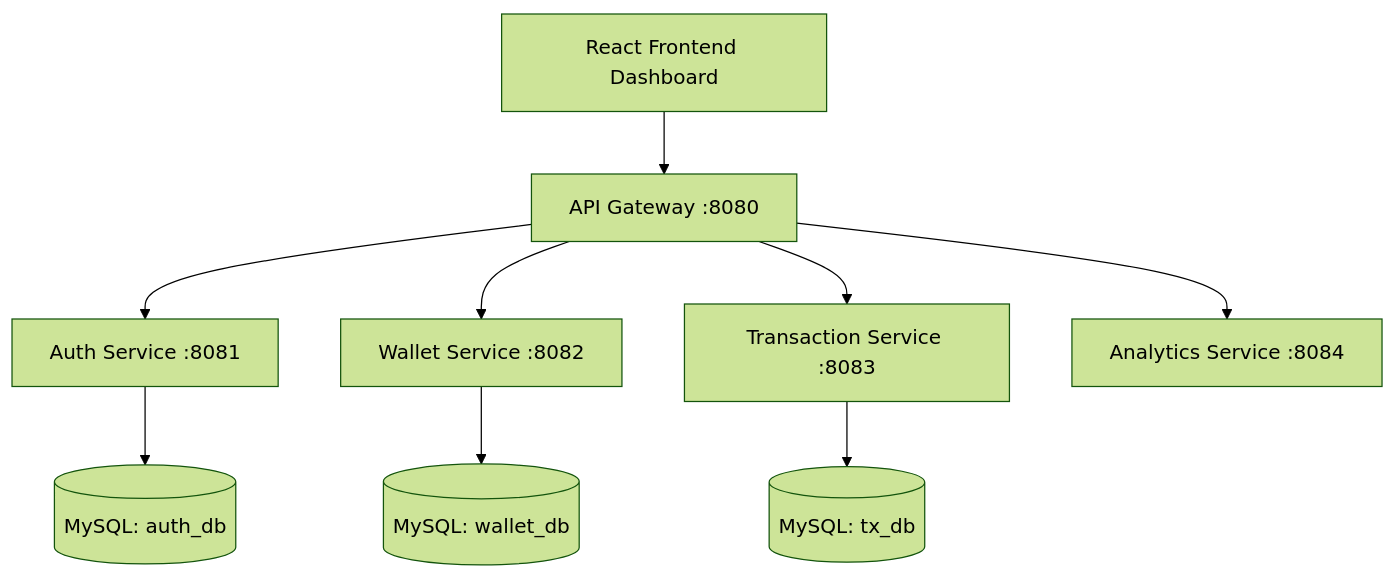
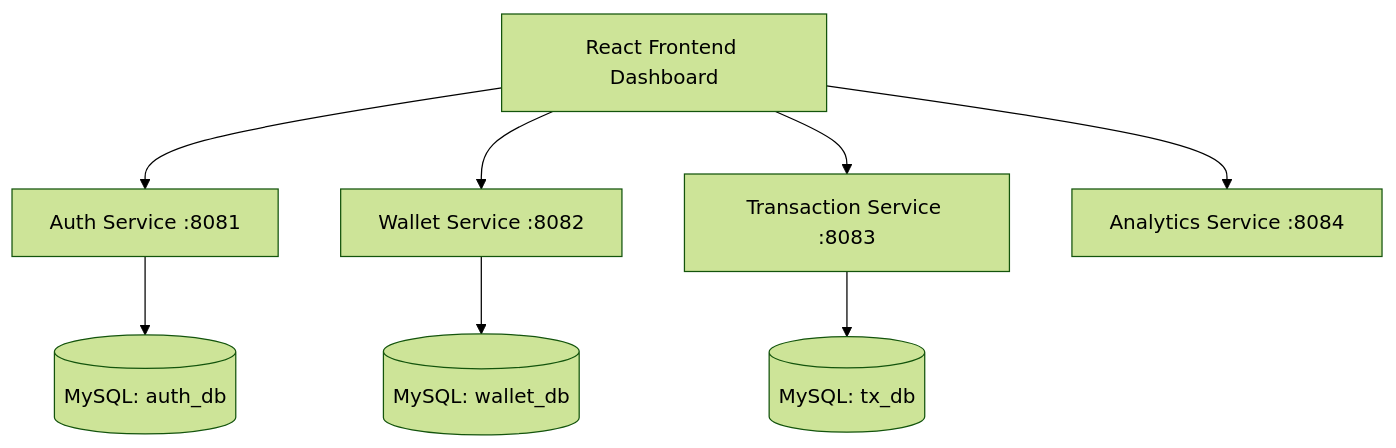
One commit to sandy-sanjay/Smart-Digital-Wallet-Expense-Management- changed the diagram in README.md. Above: the diagram before and after it, drawn with Mermaid (forest theme). The commit also changed other lines of this file and 41 other files, not shown here.

Commit message:
Update README and remove Docker, API Gateway, and Tailwind

````diff
--- a/README.md
+++ b/README.md
@@ -26,13 +25,11 @@
 ```mermaid
 graph TD
-    Client[React Frontend Dashboard] --> Gateway[API Gateway :8080]
-    
-    Gateway --> Auth[Auth Service :8081]
-    Gateway --> Wallet[Wallet Service :8082]
-    Gateway --> Tx[Transaction Service :8083]
-    Gateway --> Analytics[Analytics Service :8084]
+    Client[React Frontend Dashboard] --> Auth[Auth Service :8081]
+    Client --> Wallet[Wallet Service :8082]
+    Client --> Tx[Transaction Service :8083]
+    Client --> Analytics[Analytics Service :8084]
     
     Auth --> DB_Auth[(MySQL: auth_db)]
     Wallet --> DB_Wallet[(MySQL: wallet_db)]
     Tx --> DB_Tx[(MySQL: tx_db)]
 ```
````
